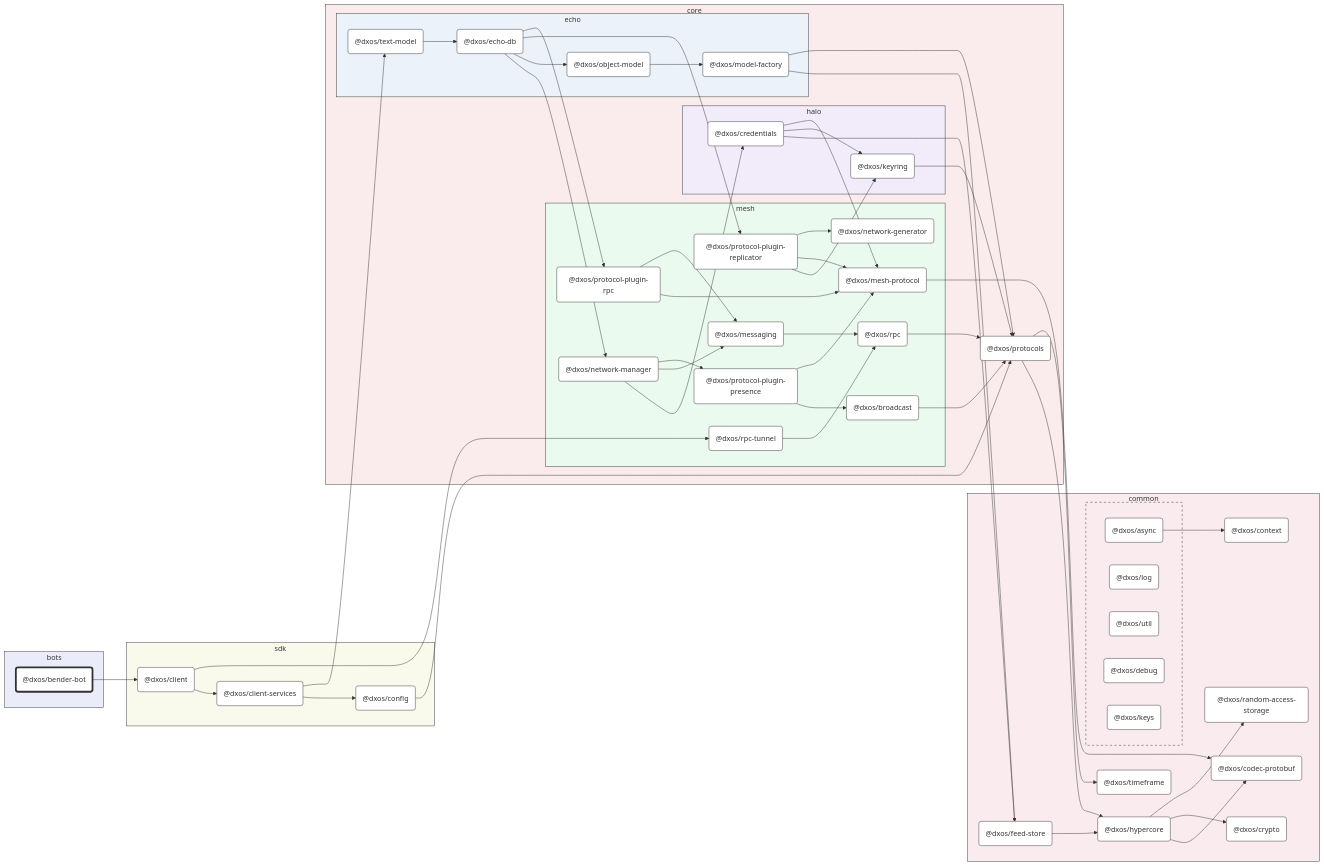
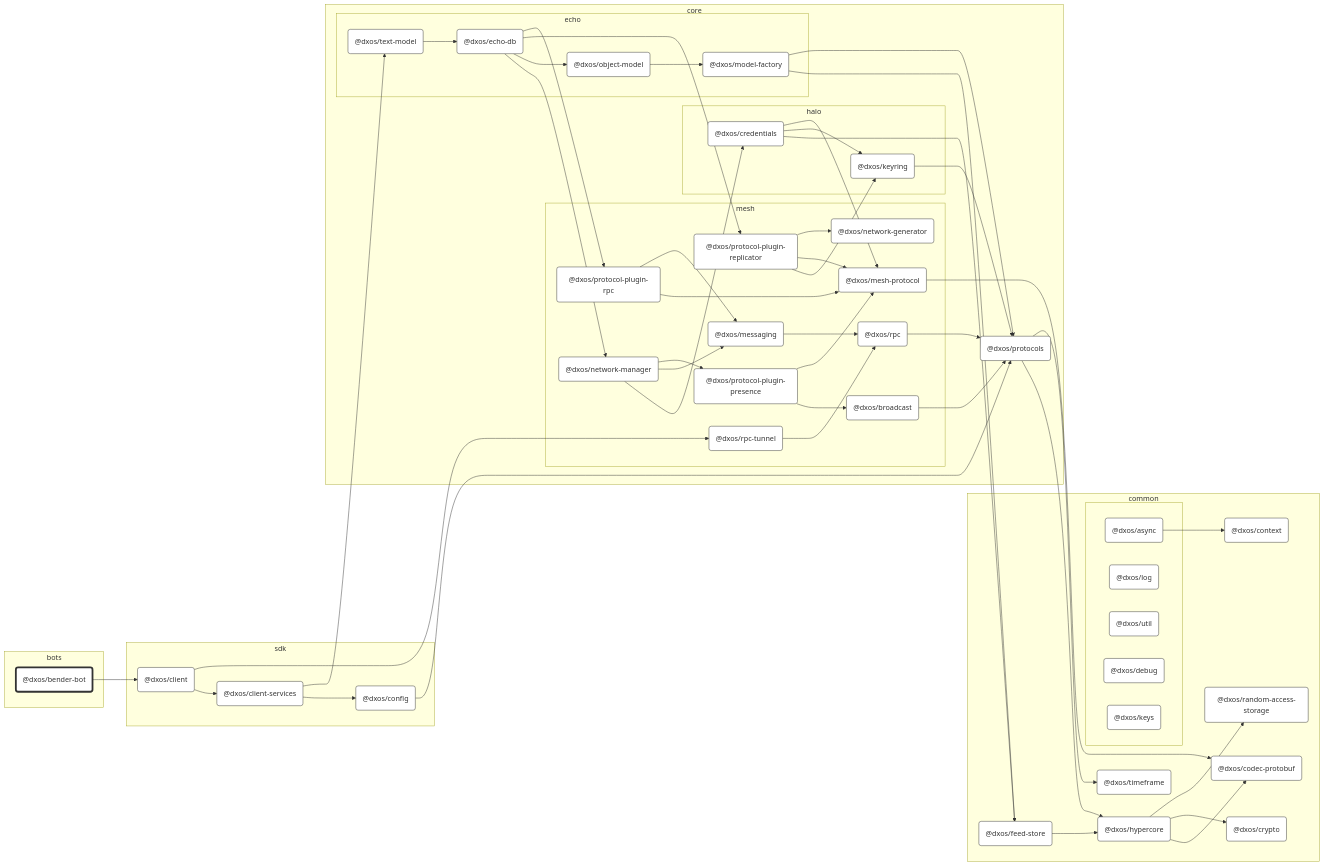
The diagram in packages/bots/bender-bot/docs/README.md (dxos/dxos), drawn with Mermaid before and after one commit. The commit also changed 80 other files, not shown here.

```diff
--- a/packages/bots/bender-bot/docs/README.md
+++ b/packages/bots/bender-bot/docs/README.md
@@ -16,13 +16,11 @@
 %% Nodes
 
 subgraph bots [bots]
-  style bots fill:#ebecfa,stroke:#333
   dxos/bender-bot("@dxos/bender-bot"):::root
   click dxos/bender-bot "dxos/dxos/tree/main/packages/bots/bender-bot/docs"
 end
 
 subgraph common [common]
-  style common fill:#faebee,stroke:#333
   dxos/context("@dxos/context"):::def
   click dxos/context "dxos/dxos/tree/main/packages/common/context/docs"
   dxos/codec-protobuf("@dxos/codec-protobuf"):::def
@@ -39,7 +37,6 @@
   click dxos/feed-store "dxos/dxos/tree/main/packages/common/feed-store/docs"
 
   subgraph _ [ ]
-    style _ fill:#faebee,stroke:#333,stroke-dasharray:5 5
     dxos/async("@dxos/async"):::def
     click dxos/async "dxos/dxos/tree/main/packages/common/async/docs"
     dxos/log("@dxos/log"):::def
@@ -54,7 +51,6 @@
 end
 
 subgraph sdk [sdk]
-  style sdk fill:#f9faeb,stroke:#333
   dxos/client("@dxos/client"):::def
   click dxos/client "dxos/dxos/tree/main/packages/sdk/client/docs"
   dxos/client-services("@dxos/client-services"):::def
@@ -64,12 +60,10 @@
 end
 
 subgraph core [core]
-  style core fill:#faebec,stroke:#333
   dxos/protocols("@dxos/protocols"):::def
   click dxos/protocols "dxos/dxos/tree/main/packages/core/protocols/docs"
 
   subgraph halo [halo]
-    style halo fill:#f1ebfa,stroke:#333
     dxos/credentials("@dxos/credentials"):::def
     click dxos/credentials "dxos/dxos/tree/main/packages/core/halo/credentials/docs"
     dxos/keyring("@dxos/keyring"):::def
@@ -77,7 +71,6 @@
   end
 
   subgraph mesh [mesh]
-    style mesh fill:#ebfaef,stroke:#333
     dxos/mesh-protocol("@dxos/mesh-protocol"):::def
     click dxos/mesh-protocol "dxos/dxos/tree/main/packages/core/mesh/mesh-protocol/docs"
     dxos/messaging("@dxos/messaging"):::def
@@ -101,7 +94,6 @@
   end
 
   subgraph echo [echo]
-    style echo fill:#ebf2fa,stroke:#333
     dxos/echo-db("@dxos/echo-db"):::def
     click dxos/echo-db "dxos/dxos/tree/main/packages/core/echo/echo-db/docs"
     dxos/model-factory("@dxos/model-factory"):::def
```
